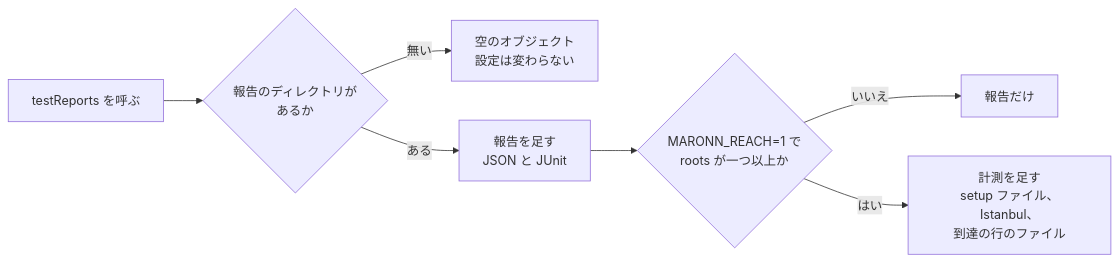
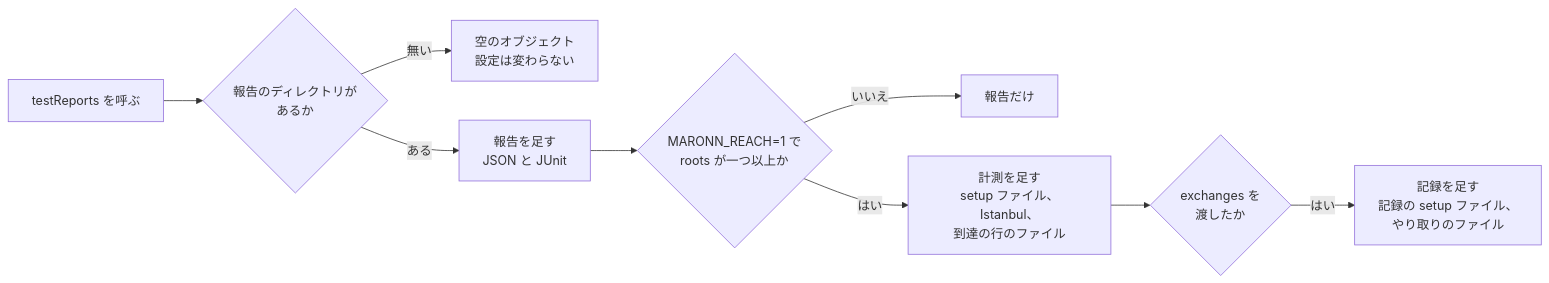
The fifth of 17 diagrams in apps/tests/docs/02-measure.md (maronnjapan/maronn-openid-connect), drawn with Mermaid before and after one commit. The commit also changed other lines of this file and 3 other files, not shown here.

````diff
--- a/apps/tests/docs/02-measure.md
+++ b/apps/tests/docs/02-measure.md
@@ -262,9 +264,11 @@
 ```mermaid
 flowchart LR
   A["testReports を呼ぶ"] --> B{"報告のディレクトリが<br/>あるか"}
   B -->|"無い"| X["空のオブジェクト<br/>設定は変わらない"]
   B -->|"ある"| C["報告を足す<br/>JSON と JUnit"]
   C --> D{"MARONN_REACH=1 で<br/>roots が一つ以上か"}
   D -->|"いいえ"| Y["報告だけ"]
   D -->|"はい"| E["計測を足す<br/>setup ファイル、Istanbul、<br/>到達の行のファイル"]
+  E --> F{"exchanges を<br/>渡したか"}
+  F -->|"はい"| G["記録を足す<br/>記録の setup ファイル、<br/>やり取りのファイル"]
 ```
````
